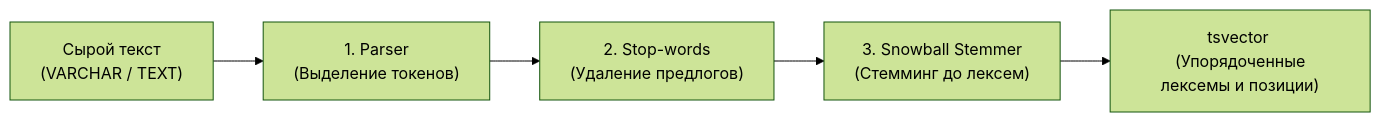
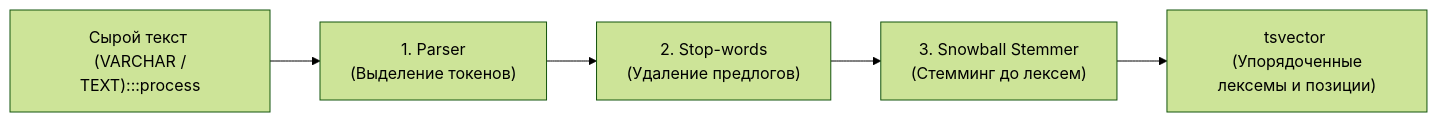
Before and after one commit to UnrealTemplier/go-textbook: the first of 2 diagrams in sources/12. Базы данных/06. PostgreSQL/6. Full Text Search.md, drawn with Mermaid (forest theme). The commit also changed other lines of this file and 1666 other files, not shown here.

First line of the commit message:
feat(mermaid): add semantic color classDef to 1369 colorless flowchart/graph diagrams

````diff
--- a/sources/12. Базы данных/06. PostgreSQL/6. Full Text Search.md
+++ b/sources/12. Базы данных/06. PostgreSQL/6. Full Text Search.md
@@ -37,7 +37,17 @@
 ```mermaid
 flowchart LR
-    Raw["Сырой текст <br> (VARCHAR / TEXT)"] --> Parser["1. Parser <br> (Выделение токенов)"]
+    classDef process  fill:#1e293b,stroke:#38bdf8,stroke-width:1px,color:#f8fafc
+    classDef success  fill:#064e3b,stroke:#34d399,stroke-width:1px,color:#f8fafc
+    classDef error    fill:#7f1d1d,stroke:#f87171,stroke-width:1px,color:#f8fafc
+    classDef warning  fill:#78350f,stroke:#fbbf24,stroke-width:1px,color:#f8fafc
+    classDef entry    fill:#1e3a5f,stroke:#38bdf8,stroke-width:2px,color:#f8fafc
+    classDef aux      fill:#334155,stroke:#64748b,stroke-width:1px,color:#f8fafc
+    classDef system   fill:#312e81,stroke:#a78bfa,stroke-width:1px,color:#f8fafc
+    classDef data     fill:#132d29,stroke:#2dd4bf,stroke-width:1px,color:#f8fafc
+    classDef network  fill:#881337,stroke:#fb7185,stroke-width:1px,color:#f8fafc
+    classDef accent   fill:#1e1b4b,stroke:#818cf8,stroke-width:1px,color:#f8fafc
+    Raw["Сырой текст <br> (VARCHAR / TEXT):::process"] --> Parser["1. Parser <br> (Выделение токенов)"]
     Parser --> StopWords["2. Stop-words <br> (Удаление предлогов)"]
     StopWords --> Stemmer["3. Snowball Stemmer <br> (Стемминг до лексем)"]
     Stemmer --> TSV["tsvector <br> (Упорядоченные лексемы и позиции)"]
 ```
````
